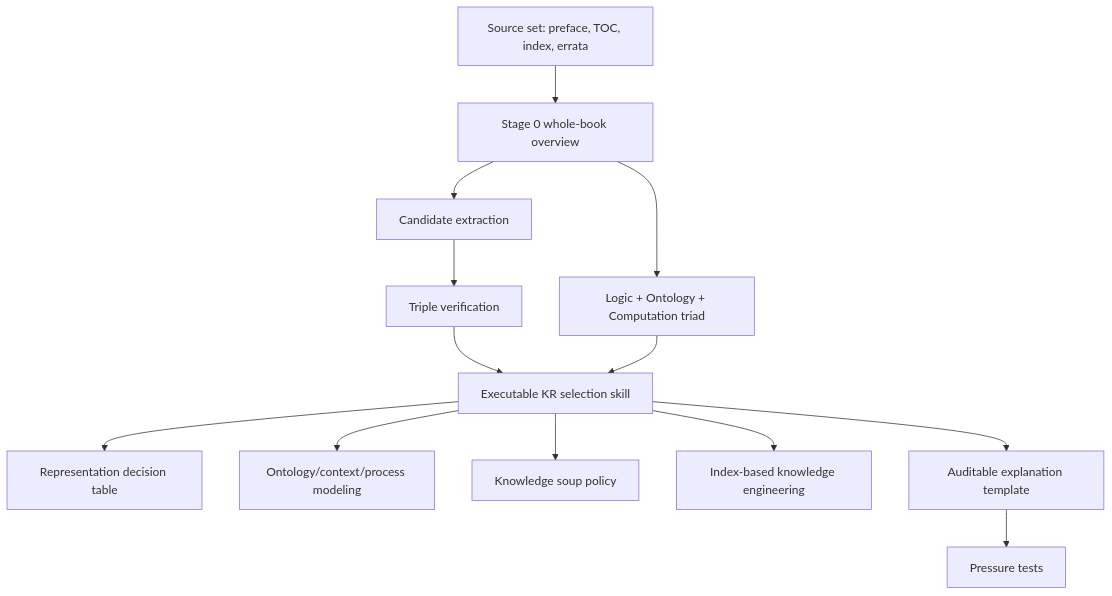
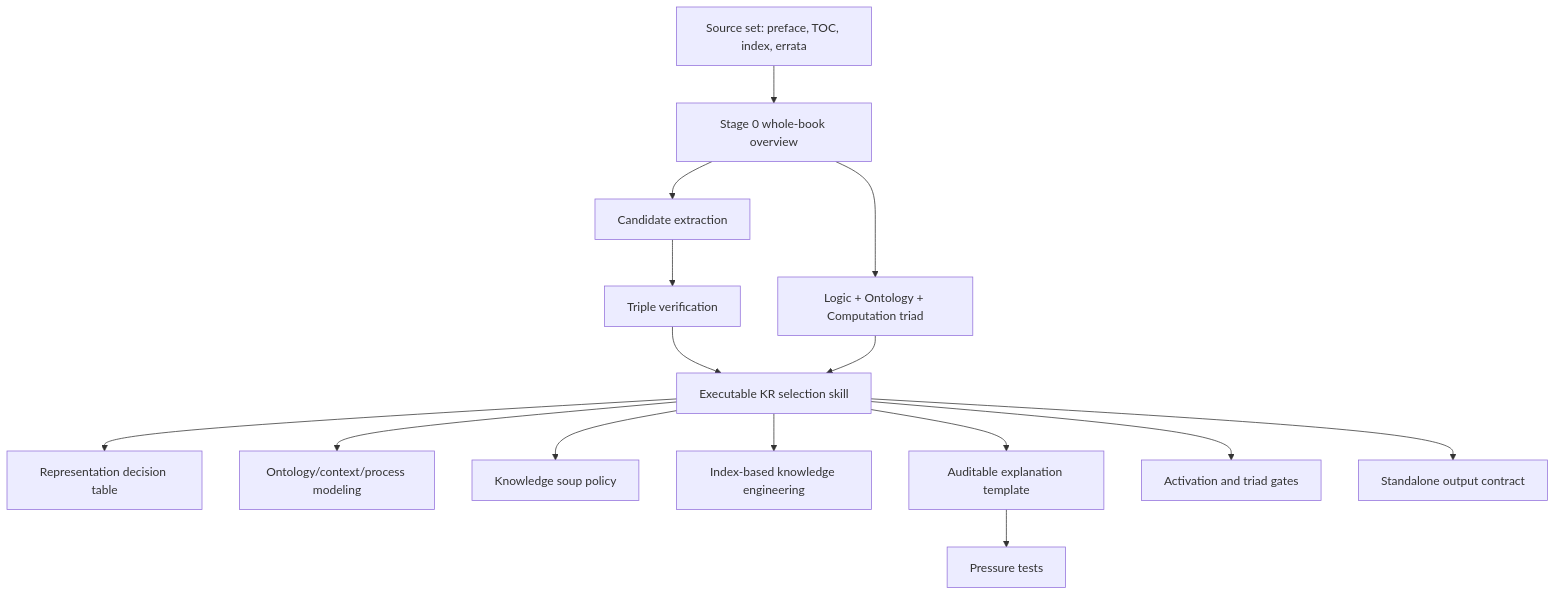
The diagram in skills/49-sowa-knowledge-representation/INDEX.md (JerryLookupU/Akzodia), drawn with Mermaid before and after one commit. The commit also changed other lines of this file and 236 other files, not shown here.

````diff
--- a/skills/49-sowa-knowledge-representation/INDEX.md
+++ b/skills/49-sowa-knowledge-representation/INDEX.md
@@ -24,15 +36,17 @@
 ```mermaid
 graph TD
   A[Source set: preface, TOC, index, errata] --> B[Stage 0 whole-book overview]
   B --> C[Logic + Ontology + Computation triad]
   B --> D[Candidate extraction]
   D --> E[Triple verification]
   E --> F[Executable KR selection skill]
   C --> F
   F --> G[Representation decision table]
   F --> H[Ontology/context/process modeling]
   F --> I[Knowledge soup policy]
   F --> J[Index-based knowledge engineering]
   F --> K[Auditable explanation template]
-  K --> L[Pressure tests]
+  F --> L[Activation and triad gates]
+  F --> M[Standalone output contract]
+  K --> N[Pressure tests]
 ```
````
